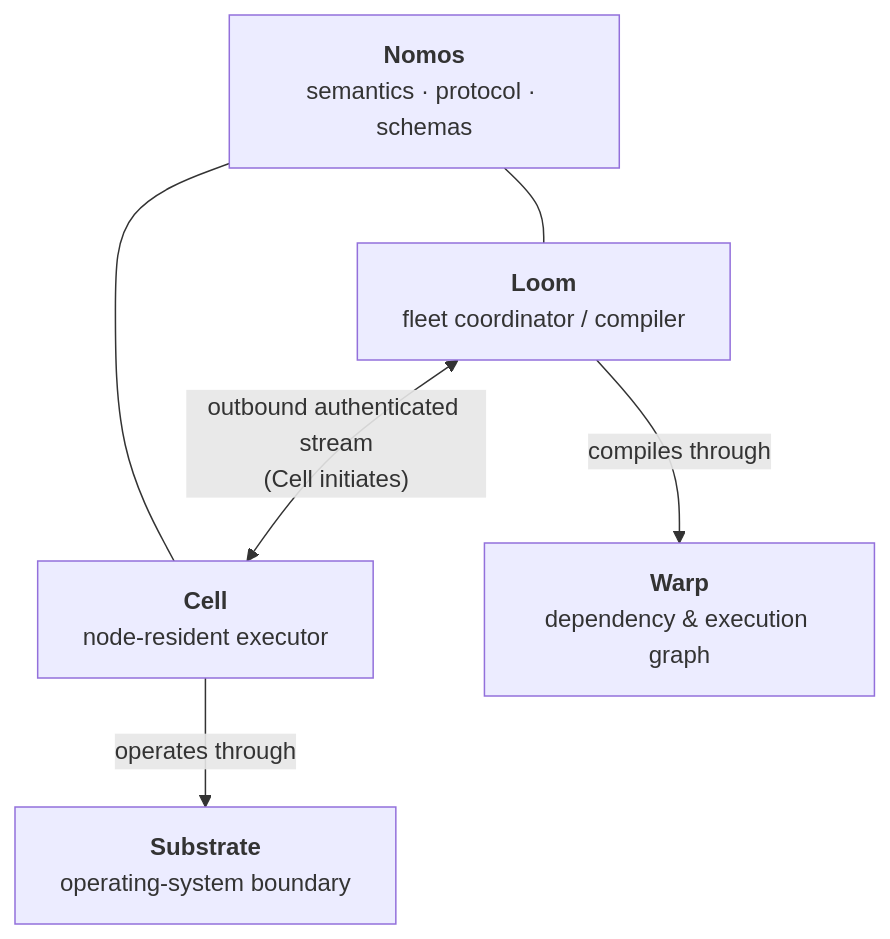
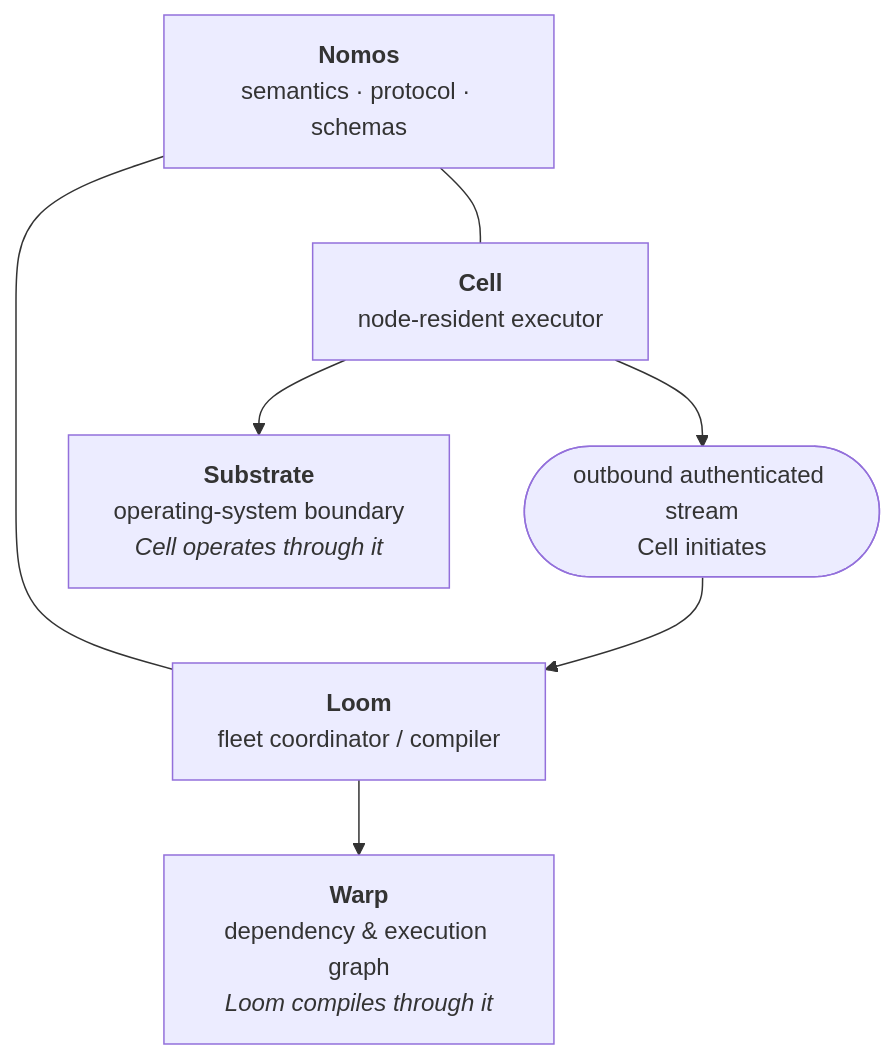
Before and after one commit to kmosoti/Nomos: the first of 5 diagrams in docs/architecture/system.md, drawn with Mermaid. The commit also changed other lines of this file and 7 other files, not shown here.

First line of the commit message:
Fix Mermaid diagrams that fail to render on GitHub

````diff
--- a/docs/architecture/system.md
+++ b/docs/architecture/system.md
@@ -8,14 +8,14 @@
 ```mermaid
 flowchart TB
     N["<b>Nomos</b><br/>semantics · protocol · schemas"]
     L["<b>Loom</b><br/>fleet coordinator / compiler"]
     C["<b>Cell</b><br/>node-resident executor"]
-    W["<b>Warp</b><br/>dependency &amp; execution graph"]
-    S["<b>Substrate</b><br/>operating-system boundary"]
+    W["<b>Warp</b><br/>dependency &amp; execution graph<br/><i>Loom compiles through it</i>"]
+    S["<b>Substrate</b><br/>operating-system boundary<br/><i>Cell operates through it</i>"]
 
     N --- L
     N --- C
-    L -- compiles through --> W
-    C -- operates through --> S
-    L <-- "outbound authenticated stream<br/>(Cell initiates)" --> C
+    L --> W
+    C --> S
+    C --> Stream(["outbound authenticated stream<br/>Cell initiates"]) --> L
 ```
````
